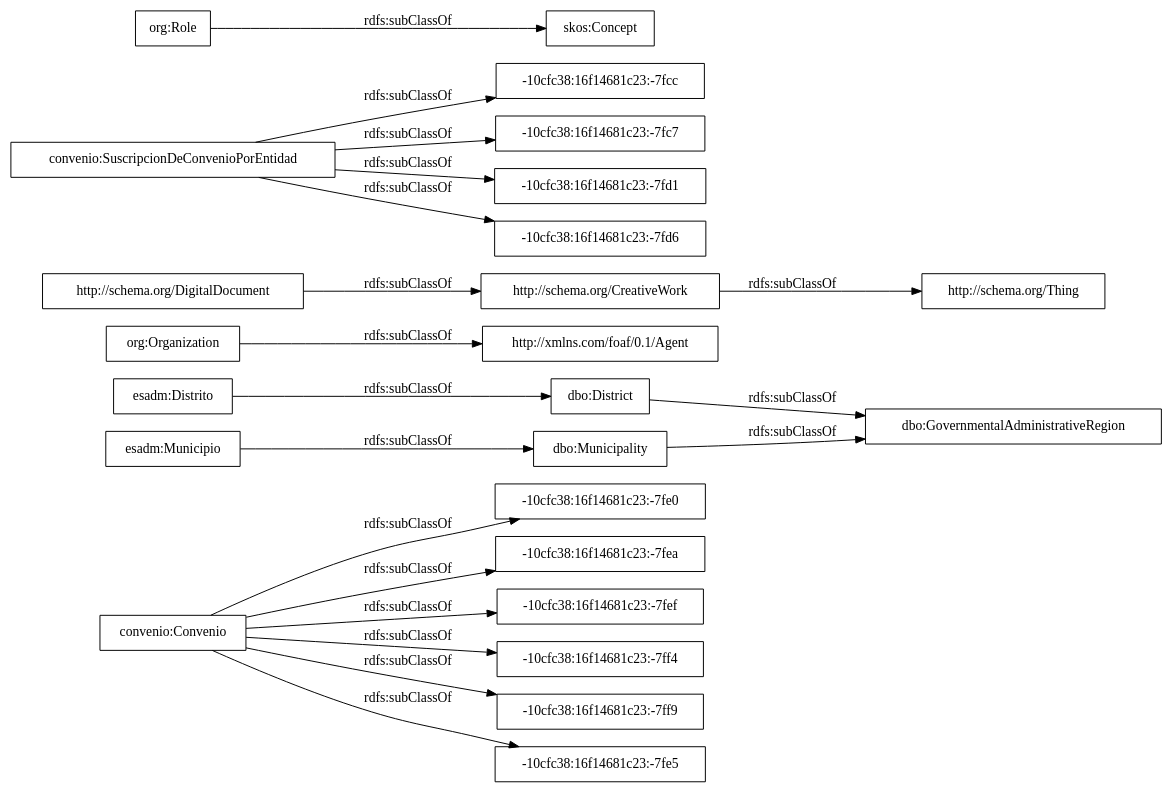
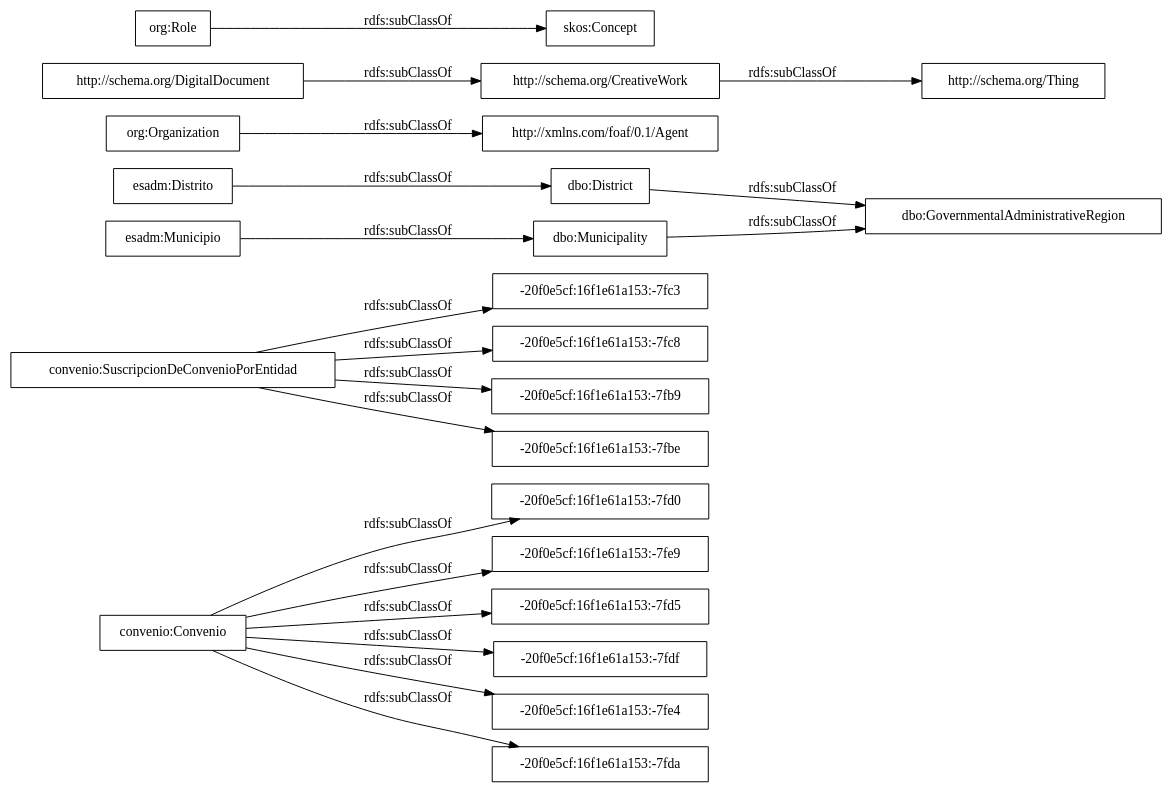
One commit to opencitydata/sector-publico-convenio-old changed the diagram in OnToology/ontology/convenio.owl/diagrams/ar2dtool-taxonomy/convenio.owl.png.dot. Above: the diagram before and after it, drawn with Graphviz. The commit also changed 14 other files, not shown here.

```diff
--- a/OnToology/ontology/convenio.owl/diagrams/ar2dtool-taxonomy/convenio.owl.png.dot
+++ b/OnToology/ontology/convenio.owl/diagrams/ar2dtool-taxonomy/convenio.owl.png.dot
@@ -1,24 +1,24 @@
 digraph ar2dtool_diagram { 
 rankdir=LR;
 size="1000"
-node [shape = rectangle, color="black"]; "convenio:Convenio" "-10cfc38:16f14681c23:-7fe0" "dbo:GovernmentalAdministrativeRegion" "-10cfc38:16f14681c23:-7fea" "http://xmlns.com/foaf/0.1/Agent" "http://schema.org/CreativeWork" "-10cfc38:16f14681c23:-7fcc" "-10cfc38:16f14681c23:-7fef" "-10cfc38:16f14681c23:-7fc7" "dbo:District" "-10cfc38:16f14681c23:-7fd1" "convenio:SuscripcionDeConvenioPorEntidad" "-10cfc38:16f14681c23:-7ff4" "http://schema.org/DigitalDocument" "http://schema.org/Thing" "esadm:Distrito" "dbo:Municipality" "-10cfc38:16f14681c23:-7ff9" "skos:Concept" "esadm:Municipio" "org:Organization" "org:Role" "-10cfc38:16f14681c23:-7fd6" "-10cfc38:16f14681c23:-7fe5" ; /*classes style*/
-	"convenio:Convenio" -> "-10cfc38:16f14681c23:-7fef" [ label = "rdfs:subClassOf" ];
-	"convenio:Convenio" -> "-10cfc38:16f14681c23:-7fe0" [ label = "rdfs:subClassOf" ];
-	"convenio:Convenio" -> "-10cfc38:16f14681c23:-7ff4" [ label = "rdfs:subClassOf" ];
-	"convenio:Convenio" -> "-10cfc38:16f14681c23:-7ff9" [ label = "rdfs:subClassOf" ];
-	"convenio:Convenio" -> "-10cfc38:16f14681c23:-7fe5" [ label = "rdfs:subClassOf" ];
-	"convenio:Convenio" -> "-10cfc38:16f14681c23:-7fea" [ label = "rdfs:subClassOf" ];
+node [shape = rectangle, color="black"]; "convenio:Convenio" "-20f0e5cf:16f1e61a153:-7fd0" "-20f0e5cf:16f1e61a153:-7fc3" "-20f0e5cf:16f1e61a153:-7fe9" "dbo:GovernmentalAdministrativeRegion" "-20f0e5cf:16f1e61a153:-7fc8" "http://xmlns.com/foaf/0.1/Agent" "http://schema.org/CreativeWork" "-20f0e5cf:16f1e61a153:-7fd5" "-20f0e5cf:16f1e61a153:-7fb9" "dbo:District" "-20f0e5cf:16f1e61a153:-7fbe" "convenio:SuscripcionDeConvenioPorEntidad" "http://schema.org/DigitalDocument" "http://schema.org/Thing" "esadm:Distrito" "dbo:Municipality" "-20f0e5cf:16f1e61a153:-7fdf" "-20f0e5cf:16f1e61a153:-7fe4" "skos:Concept" "esadm:Municipio" "org:Organization" "org:Role" "-20f0e5cf:16f1e61a153:-7fda" ; /*classes style*/
+	"convenio:Convenio" -> "-20f0e5cf:16f1e61a153:-7fdf" [ label = "rdfs:subClassOf" ];
+	"convenio:Convenio" -> "-20f0e5cf:16f1e61a153:-7fd5" [ label = "rdfs:subClassOf" ];
+	"convenio:Convenio" -> "-20f0e5cf:16f1e61a153:-7fda" [ label = "rdfs:subClassOf" ];
+	"convenio:Convenio" -> "-20f0e5cf:16f1e61a153:-7fd0" [ label = "rdfs:subClassOf" ];
+	"convenio:Convenio" -> "-20f0e5cf:16f1e61a153:-7fe4" [ label = "rdfs:subClassOf" ];
+	"convenio:Convenio" -> "-20f0e5cf:16f1e61a153:-7fe9" [ label = "rdfs:subClassOf" ];
 	"org:Organization" -> "http://xmlns.com/foaf/0.1/Agent" [ label = "rdfs:subClassOf" ];
 	"http://schema.org/CreativeWork" -> "http://schema.org/Thing" [ label = "rdfs:subClassOf" ];
 	"org:Role" -> "skos:Concept" [ label = "rdfs:subClassOf" ];
-	"convenio:SuscripcionDeConvenioPorEntidad" -> "-10cfc38:16f14681c23:-7fcc" [ label = "rdfs:subClassOf" ];
-	"convenio:SuscripcionDeConvenioPorEntidad" -> "-10cfc38:16f14681c23:-7fd6" [ label = "rdfs:subClassOf" ];
-	"convenio:SuscripcionDeConvenioPorEntidad" -> "-10cfc38:16f14681c23:-7fd1" [ label = "rdfs:subClassOf" ];
-	"convenio:SuscripcionDeConvenioPorEntidad" -> "-10cfc38:16f14681c23:-7fc7" [ label = "rdfs:subClassOf" ];
+	"convenio:SuscripcionDeConvenioPorEntidad" -> "-20f0e5cf:16f1e61a153:-7fbe" [ label = "rdfs:subClassOf" ];
+	"convenio:SuscripcionDeConvenioPorEntidad" -> "-20f0e5cf:16f1e61a153:-7fc8" [ label = "rdfs:subClassOf" ];
+	"convenio:SuscripcionDeConvenioPorEntidad" -> "-20f0e5cf:16f1e61a153:-7fc3" [ label = "rdfs:subClassOf" ];
+	"convenio:SuscripcionDeConvenioPorEntidad" -> "-20f0e5cf:16f1e61a153:-7fb9" [ label = "rdfs:subClassOf" ];
 	"esadm:Distrito" -> "dbo:District" [ label = "rdfs:subClassOf" ];
 	"dbo:Municipality" -> "dbo:GovernmentalAdministrativeRegion" [ label = "rdfs:subClassOf" ];
 	"dbo:District" -> "dbo:GovernmentalAdministrativeRegion" [ label = "rdfs:subClassOf" ];
 	"http://schema.org/DigitalDocument" -> "http://schema.org/CreativeWork" [ label = "rdfs:subClassOf" ];
 	"esadm:Municipio" -> "dbo:Municipality" [ label = "rdfs:subClassOf" ];
 
 }
```
